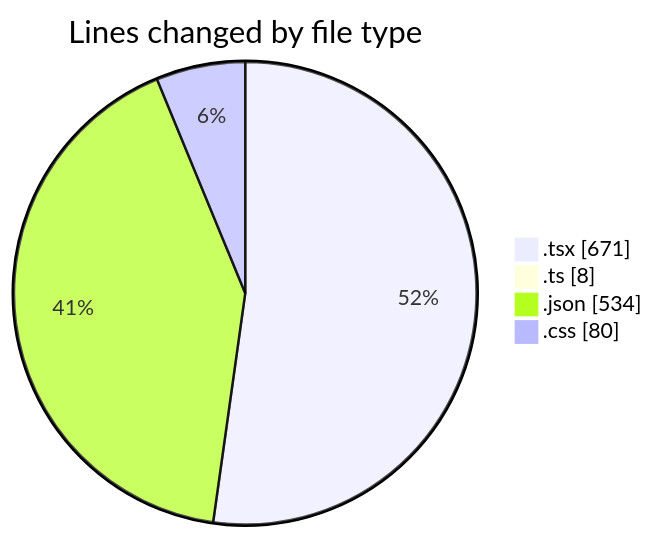
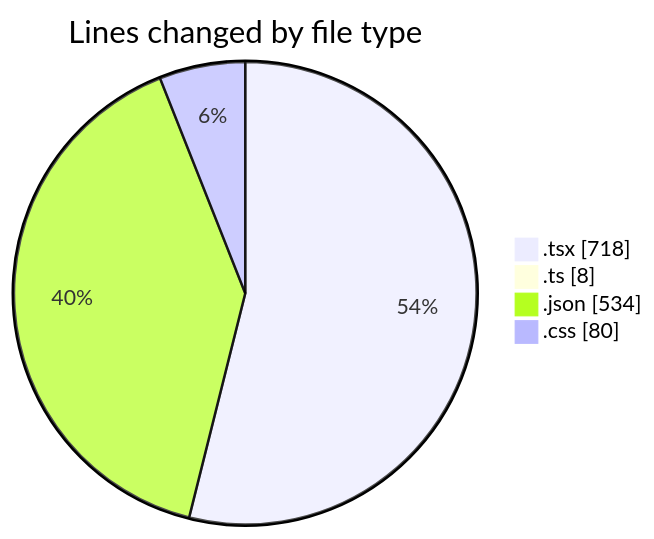
Before and after one commit to EIIisD/code-tracking: the first of 2 diagrams in 2025-08-02/tw-server/README.md, drawn with Mermaid. The commit also changed other lines of this file and 1 other file, not shown here.

````diff
--- a/2025-08-02/tw-server/README.md
+++ b/2025-08-02/tw-server/README.md
@@ -25,8 +25,8 @@
 ```mermaid
 pie showData
 title Lines changed by file type
-".tsx" : 671
+".tsx" : 718
 ".ts" : 8
 ".json" : 534
 ".css" : 80
 ```
````
